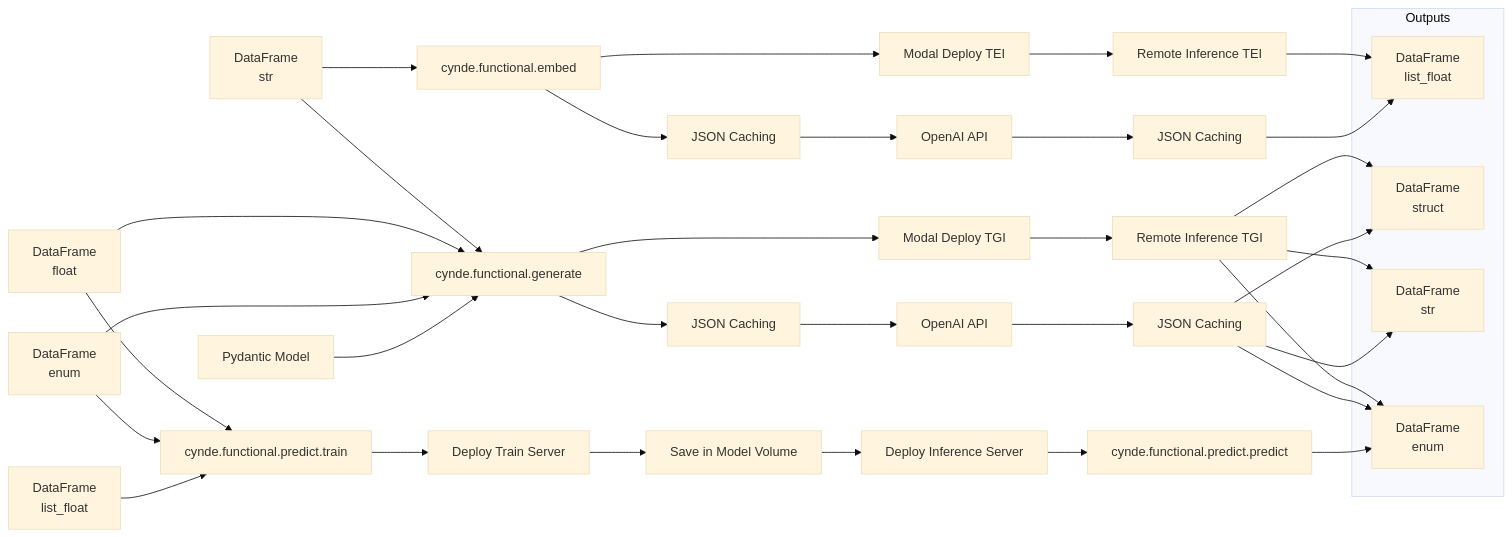
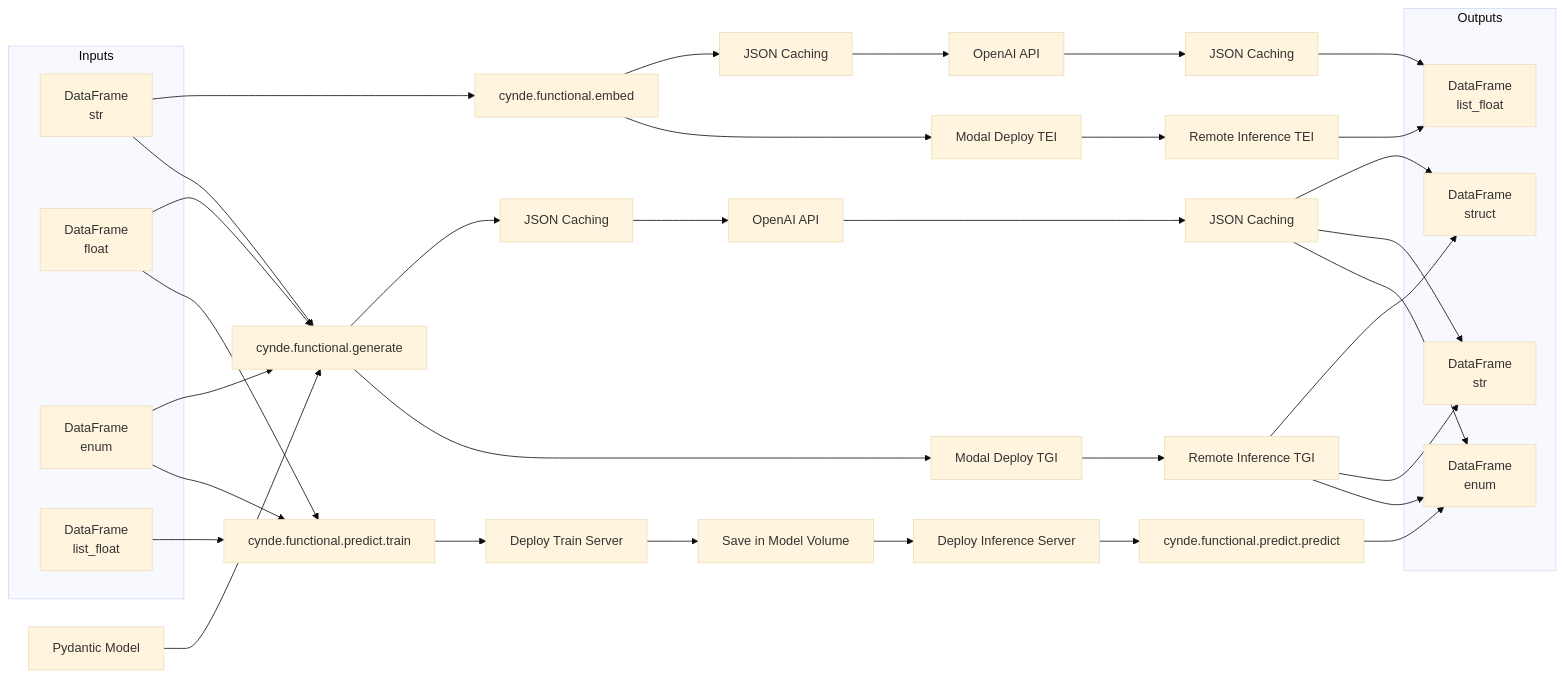
Before and after one commit to Neural-Dragon-AI/Cynde: the diagram in drawings.md, drawn with Mermaid (base theme). The commit also changed other lines of this file, not shown here.

````diff
--- a/drawings.md
+++ b/drawings.md
@@ -3,45 +3,52 @@
 ```mermaid
 graph LR
-    A[DataFrame<br>str] --> B[cynde.functional.embed]
+    subgraph Inputs
+        A[DataFrame<br>str]
+        D[DataFrame<br>float]
+        E[DataFrame<br>enum]
+        G[DataFrame<br>list_float]
+    end
+
+    subgraph Outputs
+        A2[DataFrame<br>str]
+        E2[DataFrame<br>enum]
+        N[DataFrame<br>list_float]
+        T[DataFrame<br>struct]
+    end
+
+    A --> B[cynde.functional.embed]
     A --> C[cynde.functional.generate]
-    D[DataFrame<br>float] --> C
-    E[DataFrame<br>enum] --> C
+    D --> C
+    E --> C
     D --> F[cynde.functional.predict.train]
     E --> F
-    G[DataFrame<br>list_float] --> F
+    G --> F
 
     H[Pydantic Model] --> C
 
     B --> I[JSON Caching]
     B --> J[Modal Deploy TEI]
     I --> K[OpenAI API]
     J --> L[Remote Inference TEI]
     K --> M[JSON Caching]
     L --> N
     M --> N
 
     C --> O[JSON Caching]
     C --> P[Modal Deploy TGI]
     O --> Q[OpenAI API]
     P --> R[Remote Inference TGI]
     Q --> S[JSON Caching]
     R --> T
     R --> A2
     R --> E2
     S --> T
     S --> A2
     S --> E2
 
     F --> U[Deploy Train Server]
     U --> V[Save in Model Volume]
     V --> W[Deploy Inference Server]
     W --> X[cynde.functional.predict.predict]
     X --> E2
-
-    subgraph Outputs
-        A2[DataFrame<br>str]
-        E2[DataFrame<br>enum]
-        N[DataFrame<br>list_float]
-        T[DataFrame<br>struct]
-    end
 ```
````
